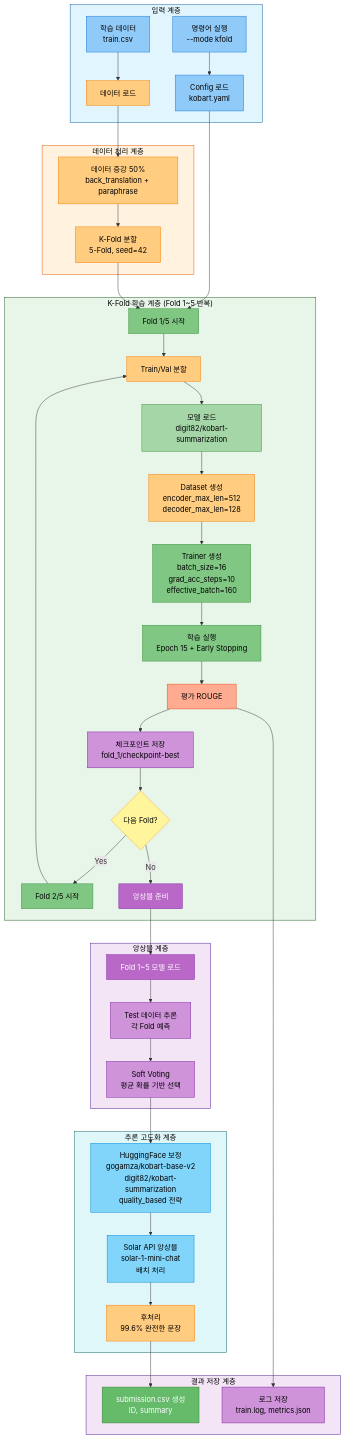
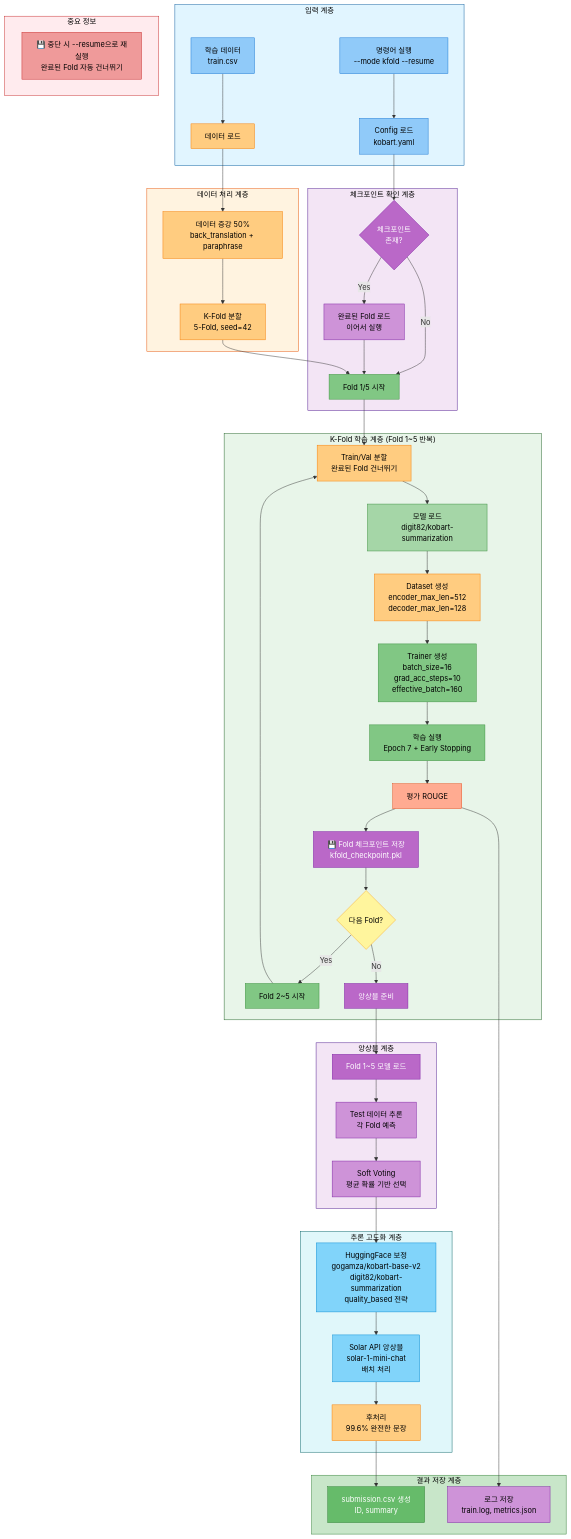
The third of 6 diagrams in docs/모듈화/04_02_KoBART_단일모델_최강_성능_전략.md (AIBootcamp14/naturallanguageprocessingcompetition-nlp-1), drawn with Mermaid before and after one commit. The commit also changed other lines of this file, not shown here.

````diff
--- a/docs/모듈화/04_02_KoBART_단일모델_최강_성능_전략.md
+++ b/docs/모듈화/04_02_KoBART_단일모델_최강_성능_전략.md
@@ -338,7 +349,7 @@
 ```mermaid
 graph TB
     subgraph Input["입력 계층"]
-        A[명령어 실행<br/>--mode kfold] --> B[Config 로드<br/>kobart.yaml]
+        A[명령어 실행<br/>--mode kfold --resume] --> B[Config 로드<br/>kobart.yaml]
         A1[학습 데이터<br/>train.csv] --> C[데이터 로드]
     end
 
@@ -347,18 +358,24 @@
         D --> E[K-Fold 분할<br/>5-Fold, seed=42]
     end
 
+    subgraph Checkpoint1["체크포인트 확인 계층"]
+        B --> CP1{체크포인트<br/>존재?}
+        CP1 -->|Yes| CP2[완료된 Fold 로드<br/>이어서 실행]
+        CP1 -->|No| F[Fold 1/5 시작]
+        CP2 --> F
+    end
+
     subgraph Training["K-Fold 학습 계층 (Fold 1~5 반복)"]
-        B --> F[Fold 1/5 시작]
         E --> F
-        F --> G[Train/Val 분할]
+        F --> G[Train/Val 분할<br/>완료된 Fold 건너뛰기]
         G --> H[모델 로드<br/>digit82/kobart-summarization]
         H --> I[Dataset 생성<br/>encoder_max_len=512<br/>decoder_max_len=128]
         I --> J[Trainer 생성<br/>batch_size=16<br/>grad_acc_steps=10<br/>effective_batch=160]
-        J --> K[학습 실행<br/>Epoch 15 + Early Stopping]
+        J --> K[학습 실행<br/>Epoch 7 + Early Stopping]
         K --> L[평가 ROUGE]
-        L --> M[체크포인트 저장<br/>fold_1/checkpoint-best]
+        L --> M[💾 Fold 체크포인트 저장<br/>kfold_checkpoint.pkl]
         M --> N{다음 Fold?}
-        N -->|Yes| O[Fold 2/5 시작]
+        N -->|Yes| O[Fold 2~5 시작]
         O --> G
         N -->|No| P[앙상블 준비]
     end
@@ -380,12 +397,18 @@
         L --> X[로그 저장<br/>train.log, metrics.json]
     end
 
+    subgraph Info["중요 정보"]
+        Z[💾 중단 시 --resume으로 재실행<br/>완료된 Fold 자동 건너뛰기]
+    end
+
     style Input fill:#e1f5ff,stroke:#01579b,color:#000
     style DataProcess fill:#fff3e0,stroke:#e65100,color:#000
+    style Checkpoint1 fill:#f3e5f5,stroke:#4a148c,color:#000
     style Training fill:#e8f5e9,stroke:#1b5e20,color:#000
     style Ensemble fill:#f3e5f5,stroke:#4a148c,color:#000
     style Inference fill:#e0f7fa,stroke:#006064,color:#000
-    style Results fill:#f3e5f5,stroke:#4a148c,color:#000
+    style Results fill:#c8e6c9,stroke:#2e7d32,color:#000
+    style Info fill:#ffebee,stroke:#c62828,color:#000
 
     style A fill:#90caf9,stroke:#1976d2,color:#000
     style A1 fill:#90caf9,stroke:#1976d2,color:#000
@@ -393,6 +416,8 @@
     style C fill:#ffcc80,stroke:#f57c00,color:#000
     style D fill:#ffcc80,stroke:#f57c00,color:#000
     style E fill:#ffcc80,stroke:#f57c00,color:#000
+    style CP1 fill:#ba68c8,stroke:#7b1fa2,color:#fff
+    style CP2 fill:#ce93d8,stroke:#7b1fa2,color:#000
     style F fill:#81c784,stroke:#388e3c,color:#000
     style G fill:#ffcc80,stroke:#f57c00,color:#000
     style H fill:#a5d6a7,stroke:#388e3c,color:#000
@@ -400,7 +425,7 @@
     style J fill:#81c784,stroke:#388e3c,color:#000
     style K fill:#81c784,stroke:#388e3c,color:#000
     style L fill:#ffab91,stroke:#e64a19,color:#000
-    style M fill:#ce93d8,stroke:#7b1fa2,color:#000
+    style M fill:#ba68c8,stroke:#7b1fa2,color:#fff
     style N fill:#fff59d,stroke:#f9a825,color:#000
     style O fill:#81c784,stroke:#388e3c,color:#000
     style P fill:#ba68c8,stroke:#7b1fa2,color:#fff
@@ -412,4 +437,5 @@
     style V fill:#ffcc80,stroke:#f57c00,color:#000
     style W fill:#66bb6a,stroke:#2e7d32,color:#fff
     style X fill:#ce93d8,stroke:#7b1fa2,color:#000
+    style Z fill:#ef9a9a,stroke:#c62828,color:#000
 ```
````
